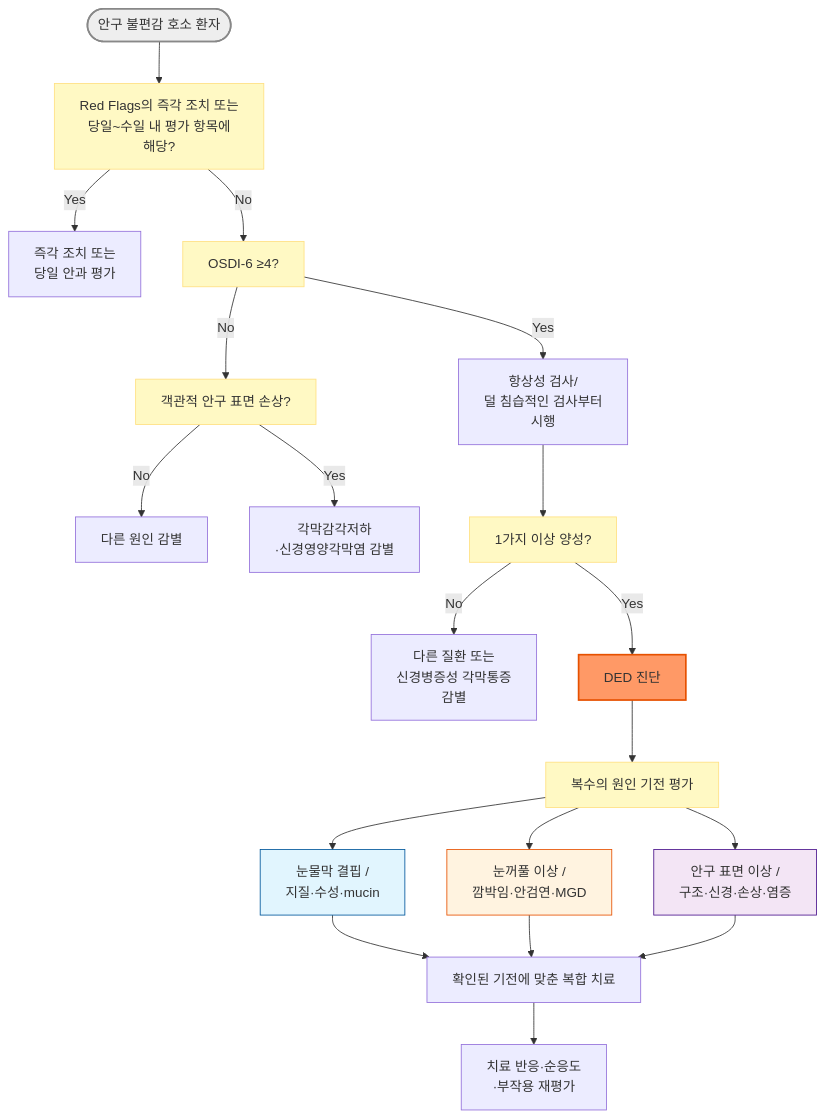
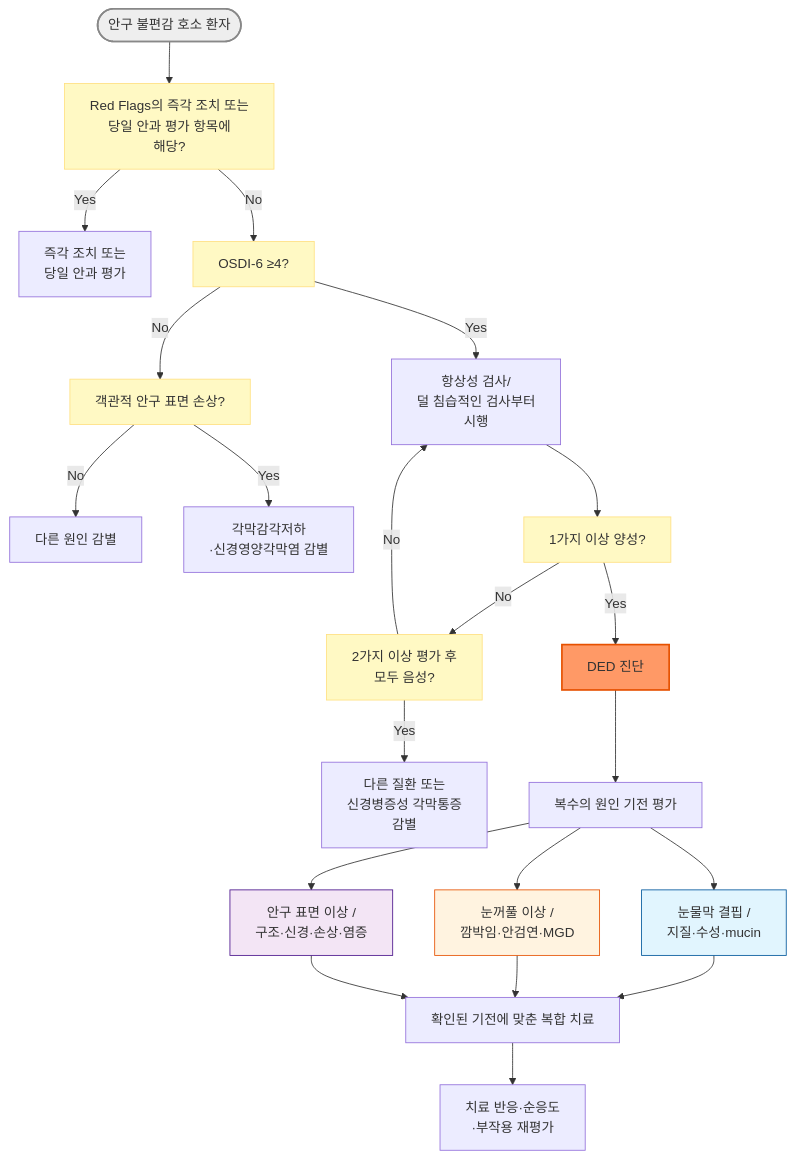
Before and after one commit to familyoh77/familyoh77: the diagram in 222_/042_-dry-eye.md, drawn with Mermaid. The commit also changed other lines of this file, not shown here.

````diff
--- a/222_/042_-dry-eye.md
+++ b/222_/042_-dry-eye.md
@@ -175,29 +173,31 @@
 ```mermaid
 graph TD
     Start(["안구 불편감 호소 환자"])
-    Start --> RedFlag["Red Flags의 즉각 조치 또는 <br>당일~수일 내 평가 항목에 <br>해당?"]
+    Start --> RedFlag["Red Flags의 즉각 조치 또는 <br>당일 안과 평가 항목에 <br>해당?"]
     RedFlag -- Yes --> Urgent["즉각 조치 또는 <br>당일 안과 평가"]
     RedFlag -- No --> Screen["OSDI-6 ≥4?"]
     Screen -- No --> Signs["객관적 안구 표면 손상?"]
     Signs -- No --> Other["다른 원인 감별"]
     Signs -- Yes --> Neurotrophic["각막감각저하<br>·신경영양각막염 감별"]
     Screen -- Yes --> Homeo["항상성 검사/<br>덜 침습적인 검사부터<br>시행"]
     Homeo --> Positive["1가지 이상 양성?"]
-    Positive -- No --> Pain["다른 질환 또는 <br>신경병증성 각막통증 <br>감별"]
+    Positive -- No --> Enough["2가지 이상 평가 후<br>모두 음성?"]
+    Enough -- No --> Homeo
+    Enough -- Yes --> Pain["다른 질환 또는 <br>신경병증성 각막통증 <br>감별"]
     Positive -- Yes --> DED["DED 진단"]
     DED --> Drivers["복수의 원인 기전 평가"]
     Drivers --> Tear["눈물막 결핍 / <br>지질·수성·mucin"]
     Drivers --> Lid["눈꺼풀 이상 / <br>깜박임·안검연·MGD"]
     Drivers --> Surface["안구 표면 이상 / <br>구조·신경·손상·염증"]
     Tear --> Tx["확인된 기전에 맞춘 복합 치료"]
     Lid --> Tx
     Surface --> Tx
     Tx --> Follow["치료 반응·순응도<br>·부작용 재평가"]
     style Start fill:#eeeeee,stroke:#888888,stroke-width:2px
     classDef yellow fill:#fff9c4,stroke:#ffe082
-    class RedFlag,Screen,Signs,Positive,Drivers yellow
+    class RedFlag,Screen,Signs,Positive,Enough yellow
     style DED fill:#f96,stroke:#e65100,stroke-width:2px
     style Tear fill:#e1f5fe,stroke:#01579b
     style Lid fill:#fff3e0,stroke:#e65100
     style Surface fill:#f3e5f5,stroke:#4a148c
 ```
````
